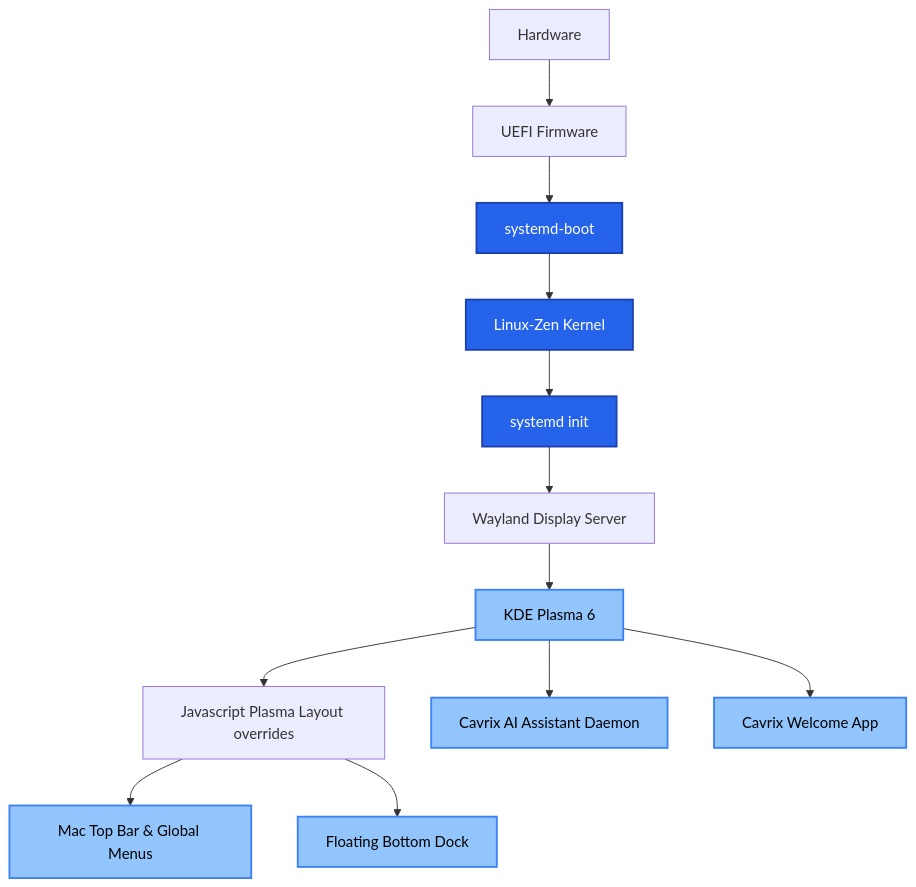
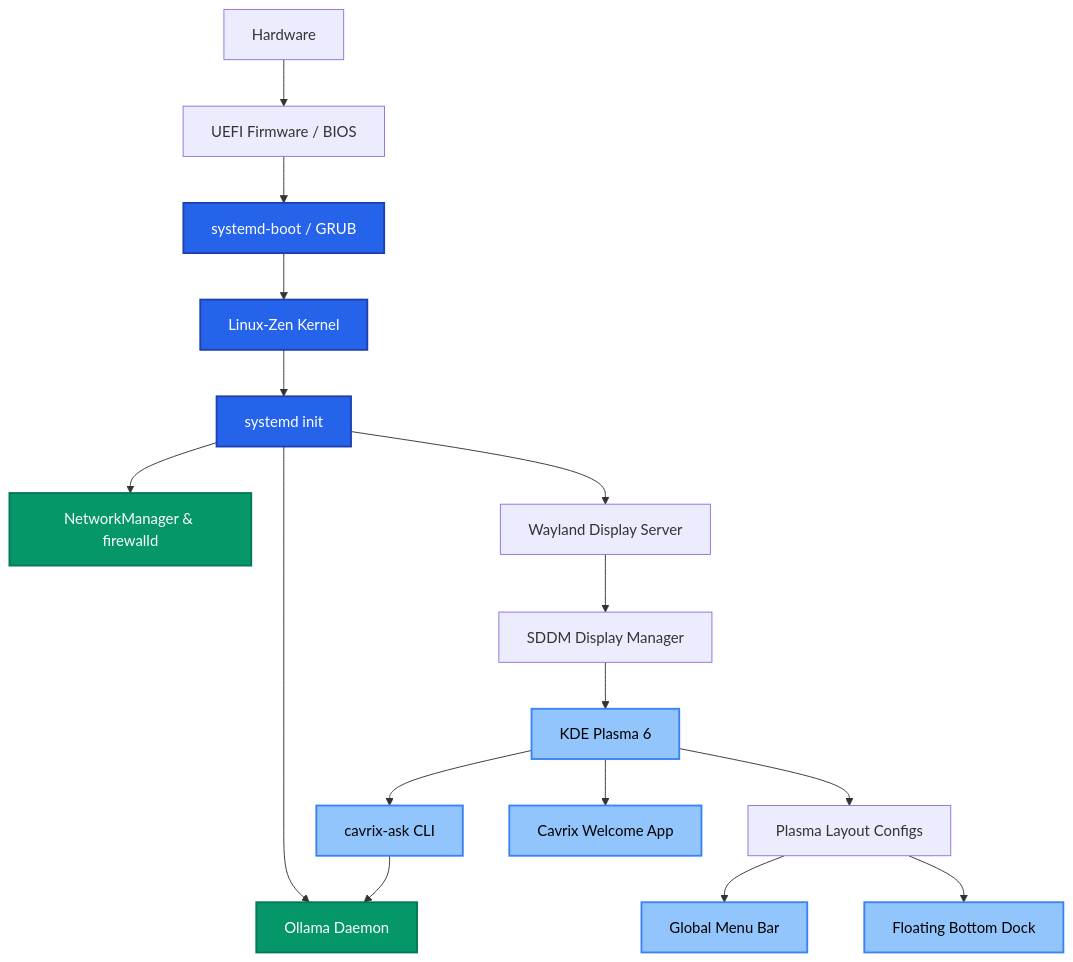
Before and after one commit to FaaizJohar/CavrixOs: the diagram in docs/architecture.md, drawn with Mermaid. The commit also changed other lines of this file and 2 other files, not shown here.

````diff
--- a/docs/architecture.md
+++ b/docs/architecture.md
@@ -12,24 +12,34 @@
 ```mermaid
 graph TD
-    A[Hardware] --> B[UEFI Firmware]
-    B --> C[systemd-boot]
+    A[Hardware] --> B[UEFI Firmware / BIOS]
+    B --> C[systemd-boot / GRUB]
     C --> D[Linux-Zen Kernel]
     D --> E[systemd init]
-    E --> F[Wayland Display Server]
-    F --> G[KDE Plasma 6]
+    
+    %% Base Services
+    E --> F[NetworkManager & firewalld]
+    E --> G[Ollama Daemon]
+    
+    %% Display
+    E --> H[Wayland Display Server]
+    H --> I[SDDM Display Manager]
+    I --> J[KDE Plasma 6]
     
     %% Custom UI Overrides
-    G --> H[Javascript Plasma Layout overrides]
-    H --> I[Mac Top Bar & Global Menus]
-    H --> J[Floating Bottom Dock]
+    J --> K[Plasma Layout Configs]
+    K --> L[Global Menu Bar]
+    K --> M[Floating Bottom Dock]
     
-    %% Core Apps
-    G --> K[Cavrix AI Assistant Daemon]
-    G --> L[Cavrix Welcome App]
+    %% Custom Apps
+    J --> N[cavrix-ask CLI]
+    N --> G
+    J --> O[Cavrix Welcome App]
     
     classDef core fill:#2563EB,stroke:#1E40AF,stroke-width:2px,color:#fff;
+    classDef service fill:#059669,stroke:#047857,stroke-width:2px,color:#fff;
     classDef ui fill:#93C5FD,stroke:#3B82F6,stroke-width:2px,color:#000;
     
     class C,D,E core;
-    class G,I,J,K,L ui;
+    class F,G service;
+    class J,L,M,N,O ui;
 ```
````
